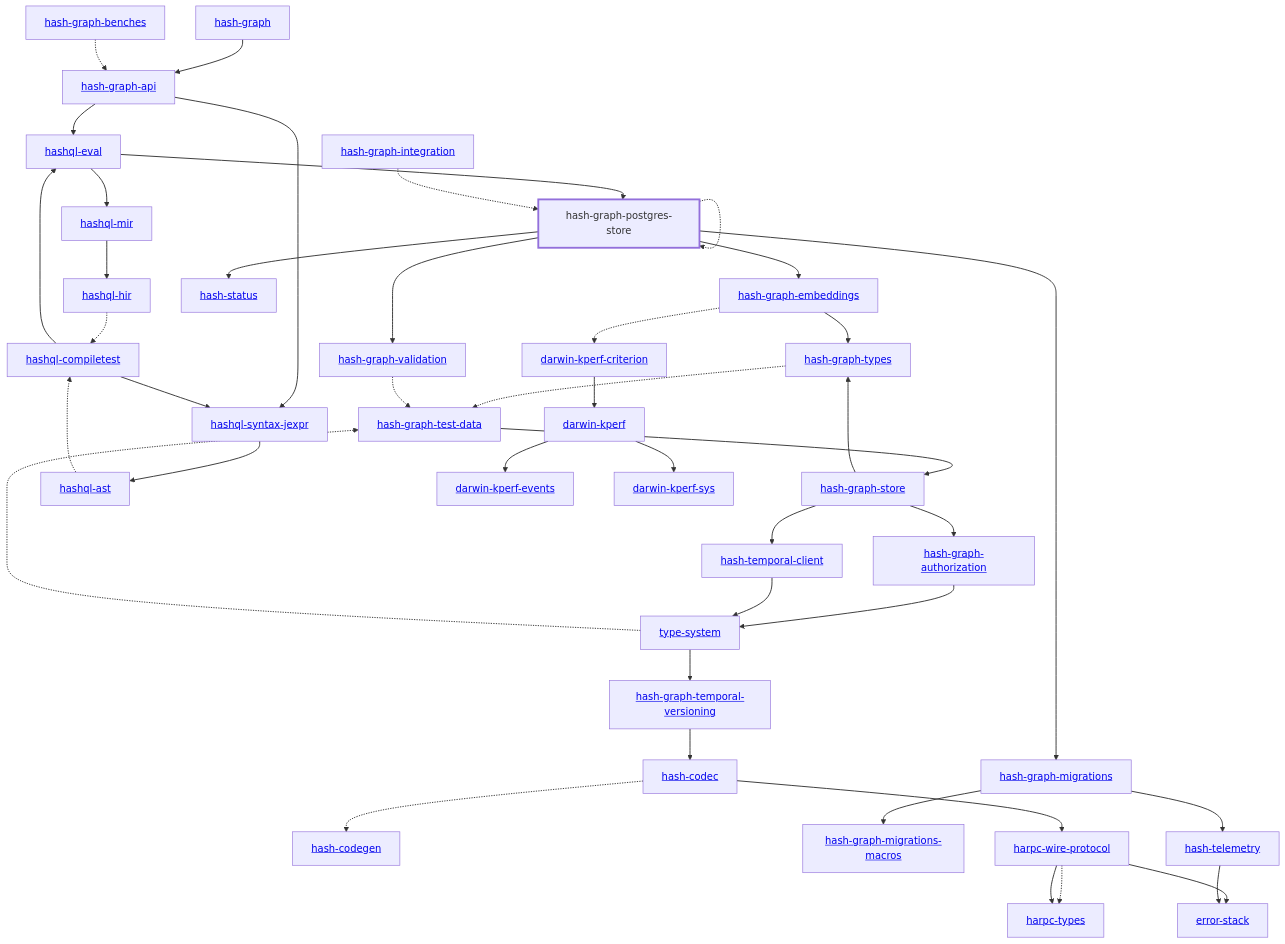
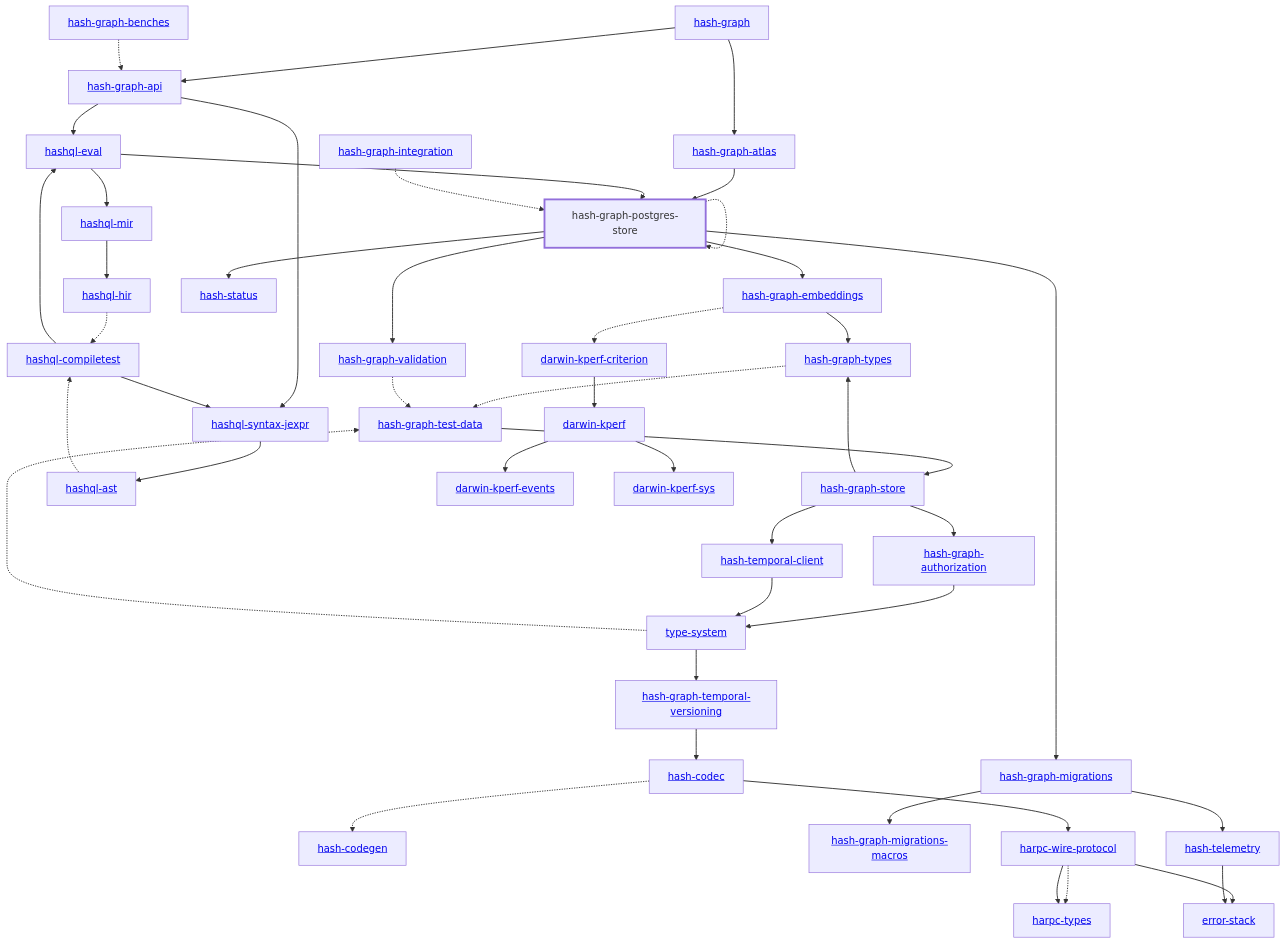
One commit to hashintel/hash changed the diagram in libs/@local/graph/postgres-store/docs/dependency-diagram.mmd. Above: the diagram before and after it, drawn with Mermaid. The commit also changed 28 other files, not shown here.

Commit message:
chore: update graph dependency diagrams

```diff
--- a/libs/@local/graph/postgres-store/docs/dependency-diagram.mmd
+++ b/libs/@local/graph/postgres-store/docs/dependency-diagram.mmd
@@ -1,86 +1,89 @@
 graph TD
     linkStyle default stroke-width:1.5px
     classDef default stroke-width:1px
     classDef root stroke-width:3px
     classDef dev stroke-width:1px
     classDef build stroke-width:1px
     %% Legend
     %% --> : Normal dependency
     %% -.-> : Dev dependency
     %% ---> : Build dependency
     0[<a href="../hash_graph/index.html">hash-graph</a>]
     1[<a href="../type_system/index.html">type-system</a>]
     2[<a href="../hash_codec/index.html">hash-codec</a>]
     3[<a href="../hash_codegen/index.html">hash-codegen</a>]
     4[<a href="../hash_graph_api/index.html">hash-graph-api</a>]
-    5[<a href="../hash_graph_authorization/index.html">hash-graph-authorization</a>]
-    6[<a href="../hash_graph_embeddings/index.html">hash-graph-embeddings</a>]
-    7[<a href="../hash_graph_migrations/index.html">hash-graph-migrations</a>]
-    8[<a href="../hash_graph_migrations_macros/index.html">hash-graph-migrations-macros</a>]
-    9[hash-graph-postgres-store]
-    class 9 root
-    10[<a href="../hash_graph_store/index.html">hash-graph-store</a>]
-    11[<a href="../hash_graph_temporal_versioning/index.html">hash-graph-temporal-versioning</a>]
-    12[<a href="../hash_graph_types/index.html">hash-graph-types</a>]
-    13[<a href="../hash_graph_validation/index.html">hash-graph-validation</a>]
-    14[<a href="../harpc_types/index.html">harpc-types</a>]
-    15[<a href="../harpc_wire_protocol/index.html">harpc-wire-protocol</a>]
-    16[<a href="../hashql_ast/index.html">hashql-ast</a>]
-    17[<a href="../hashql_compiletest/index.html">hashql-compiletest</a>]
-    18[<a href="../hashql_eval/index.html">hashql-eval</a>]
-    19[<a href="../hashql_hir/index.html">hashql-hir</a>]
-    20[<a href="../hashql_mir/index.html">hashql-mir</a>]
-    21[<a href="../hashql_syntax_jexpr/index.html">hashql-syntax-jexpr</a>]
-    22[<a href="../hash_status/index.html">hash-status</a>]
-    23[<a href="../hash_telemetry/index.html">hash-telemetry</a>]
-    24[<a href="../hash_temporal_client/index.html">hash-temporal-client</a>]
-    25[<a href="../darwin_kperf/index.html">darwin-kperf</a>]
-    26[<a href="../darwin_kperf_criterion/index.html">darwin-kperf-criterion</a>]
-    27[<a href="../darwin_kperf_events/index.html">darwin-kperf-events</a>]
-    28[<a href="../darwin_kperf_sys/index.html">darwin-kperf-sys</a>]
-    29[<a href="../error_stack/index.html">error-stack</a>]
-    30[<a href="../hash_graph_benches/index.html">hash-graph-benches</a>]
-    31[<a href="../hash_graph_integration/index.html">hash-graph-integration</a>]
-    32[<a href="../hash_graph_test_data/index.html">hash-graph-test-data</a>]
+    5[<a href="../hash_graph_atlas/index.html">hash-graph-atlas</a>]
+    6[<a href="../hash_graph_authorization/index.html">hash-graph-authorization</a>]
+    7[<a href="../hash_graph_embeddings/index.html">hash-graph-embeddings</a>]
+    8[<a href="../hash_graph_migrations/index.html">hash-graph-migrations</a>]
+    9[<a href="../hash_graph_migrations_macros/index.html">hash-graph-migrations-macros</a>]
+    10[hash-graph-postgres-store]
+    class 10 root
+    11[<a href="../hash_graph_store/index.html">hash-graph-store</a>]
+    12[<a href="../hash_graph_temporal_versioning/index.html">hash-graph-temporal-versioning</a>]
+    13[<a href="../hash_graph_types/index.html">hash-graph-types</a>]
+    14[<a href="../hash_graph_validation/index.html">hash-graph-validation</a>]
+    15[<a href="../harpc_types/index.html">harpc-types</a>]
+    16[<a href="../harpc_wire_protocol/index.html">harpc-wire-protocol</a>]
+    17[<a href="../hashql_ast/index.html">hashql-ast</a>]
+    18[<a href="../hashql_compiletest/index.html">hashql-compiletest</a>]
+    19[<a href="../hashql_eval/index.html">hashql-eval</a>]
+    20[<a href="../hashql_hir/index.html">hashql-hir</a>]
+    21[<a href="../hashql_mir/index.html">hashql-mir</a>]
+    22[<a href="../hashql_syntax_jexpr/index.html">hashql-syntax-jexpr</a>]
+    23[<a href="../hash_status/index.html">hash-status</a>]
+    24[<a href="../hash_telemetry/index.html">hash-telemetry</a>]
+    25[<a href="../hash_temporal_client/index.html">hash-temporal-client</a>]
+    26[<a href="../darwin_kperf/index.html">darwin-kperf</a>]
+    27[<a href="../darwin_kperf_criterion/index.html">darwin-kperf-criterion</a>]
+    28[<a href="../darwin_kperf_events/index.html">darwin-kperf-events</a>]
+    29[<a href="../darwin_kperf_sys/index.html">darwin-kperf-sys</a>]
+    30[<a href="../error_stack/index.html">error-stack</a>]
+    31[<a href="../hash_graph_benches/index.html">hash-graph-benches</a>]
+    32[<a href="../hash_graph_integration/index.html">hash-graph-integration</a>]
+    33[<a href="../hash_graph_test_data/index.html">hash-graph-test-data</a>]
     0 --> 4
-    1 --> 11
-    1 -.-> 32
+    0 --> 5
+    1 --> 12
+    1 -.-> 33
     2 -.-> 3
-    2 --> 15
-    4 --> 18
-    4 --> 21
-    5 --> 1
-    6 --> 12
-    6 -.-> 26
-    7 --> 8
-    7 --> 23
-    9 --> 6
-    9 --> 7
-    9 -.-> 9
-    9 --> 13
-    9 --> 22
-    10 --> 5
-    10 --> 12
-    10 --> 24
-    11 --> 2
-    12 -.-> 32
-    13 -.-> 32
-    15 -.-> 14
-    15 --> 14
-    15 --> 29
-    16 -.-> 17
-    17 --> 18
-    17 --> 21
-    18 --> 9
-    18 --> 20
-    19 -.-> 17
-    20 --> 19
-    21 --> 16
-    23 --> 29
-    24 --> 1
-    25 --> 27
-    25 --> 28
-    26 --> 25
-    30 -.-> 4
-    31 -.-> 9
-    32 --> 10
+    2 --> 16
+    4 --> 19
+    4 --> 22
+    5 --> 10
+    6 --> 1
+    7 --> 13
+    7 -.-> 27
+    8 --> 9
+    8 --> 24
+    10 --> 7
+    10 --> 8
+    10 -.-> 10
+    10 --> 14
+    10 --> 23
+    11 --> 6
+    11 --> 13
+    11 --> 25
+    12 --> 2
+    13 -.-> 33
+    14 -.-> 33
+    16 -.-> 15
+    16 --> 15
+    16 --> 30
+    17 -.-> 18
+    18 --> 19
+    18 --> 22
+    19 --> 10
+    19 --> 21
+    20 -.-> 18
+    21 --> 20
+    22 --> 17
+    24 --> 30
+    25 --> 1
+    26 --> 28
+    26 --> 29
+    27 --> 26
+    31 -.-> 4
+    32 -.-> 10
+    33 --> 11
```
